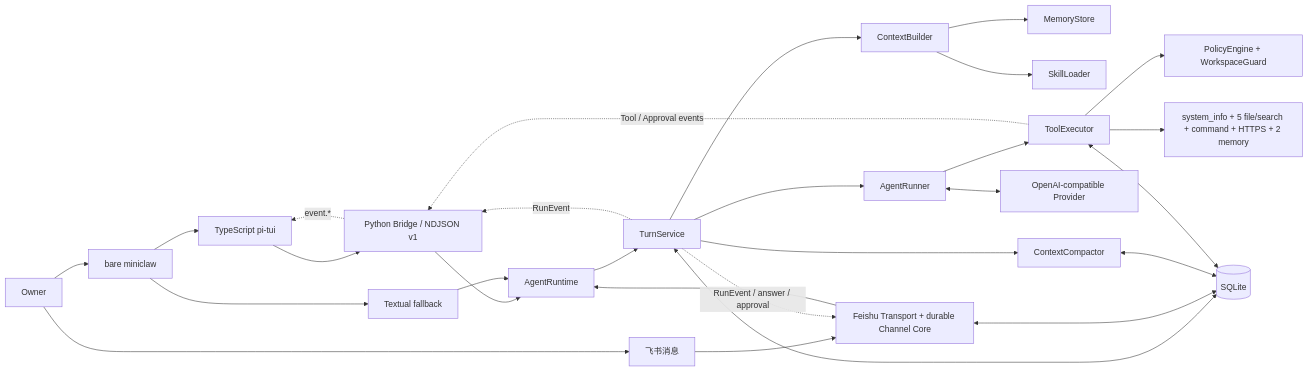
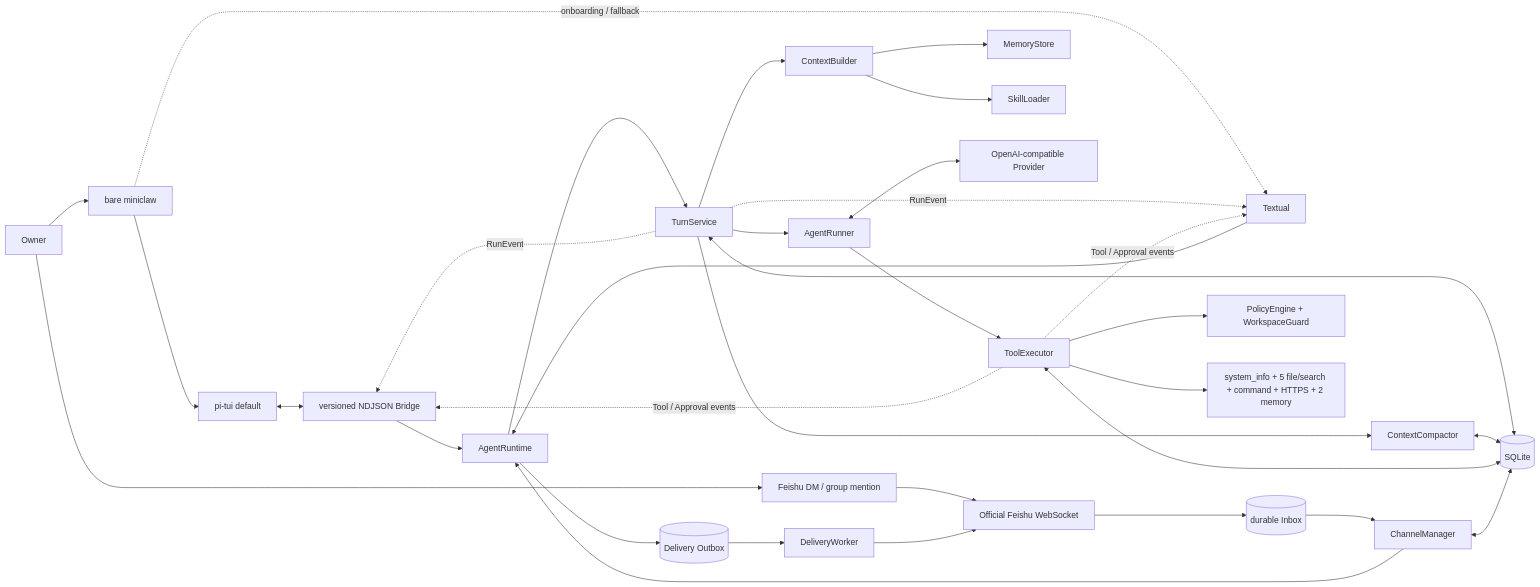
The first of 10 diagrams in docs/architecture/20260807_系统架构.md (NEDONION/lobster0), drawn with Mermaid before and after one commit. The commit also changed other lines of this file and 12 other files, not shown here.

````diff
--- a/docs/architecture/20260807_系统架构.md
+++ b/docs/architecture/20260807_系统架构.md
@@ -13,30 +12,35 @@
 ```mermaid
 flowchart LR
     USER["Owner"] --> CLI["bare miniclaw"]
-    USER --> FEISHU["飞书消息"]
-    CLI --> APP["TypeScript pi-tui"]
-    CLI --> FALLBACK["Textual fallback"]
-    APP --> BRIDGE["Python Bridge / NDJSON v1"]
+    USER --> FEISHU["Feishu DM / group mention"]
+    CLI --> PITUI["pi-tui default"]
+    CLI -. "onboarding / fallback" .-> TEXTUAL["Textual"]
+    PITUI <--> BRIDGE["versioned NDJSON Bridge"]
+    FEISHU --> TRANSPORT["Official Feishu WebSocket"]
+    TRANSPORT --> INBOX[("durable Inbox")]
+    INBOX --> MANAGER["ChannelManager"]
     BRIDGE --> RUNTIME["AgentRuntime"]
-    FALLBACK --> RUNTIME
-    FEISHU --> CHANNEL["Feishu Transport + durable Channel Core"]
-    CHANNEL --> RUNTIME
+    TEXTUAL --> RUNTIME
+    MANAGER --> RUNTIME
     RUNTIME --> TURN["TurnService"]
     TURN --> CONTEXT["ContextBuilder"]
     CONTEXT --> MEMORY["MemoryStore"]
     CONTEXT --> SKILLS["SkillLoader"]
     TURN --> COMPACT["ContextCompactor"]
     TURN --> RUNNER["AgentRunner"]
     RUNNER <--> PROVIDER["OpenAI-compatible Provider"]
     RUNNER --> EXECUTOR["ToolExecutor"]
     EXECUTOR --> POLICY["PolicyEngine + WorkspaceGuard"]
     EXECUTOR --> TOOLS["system_info + 5 file/search + command + HTTPS + 2 memory"]
     TURN <--> DB[("SQLite")]
-    CHANNEL <--> DB
     COMPACT <--> DB
     EXECUTOR <--> DB
+    MANAGER <--> DB
+    RUNTIME --> OUTBOX[("Delivery Outbox")]
+    OUTBOX --> DELIVERY["DeliveryWorker"]
+    DELIVERY --> TRANSPORT
     TURN -. "RunEvent" .-> BRIDGE
+    TURN -. "RunEvent" .-> TEXTUAL
     EXECUTOR -. "Tool / Approval events" .-> BRIDGE
-    BRIDGE -. "event.*" .-> APP
-    TURN -. "RunEvent / answer / approval" .-> CHANNEL
+    EXECUTOR -. "Tool / Approval events" .-> TEXTUAL
 ```
````
